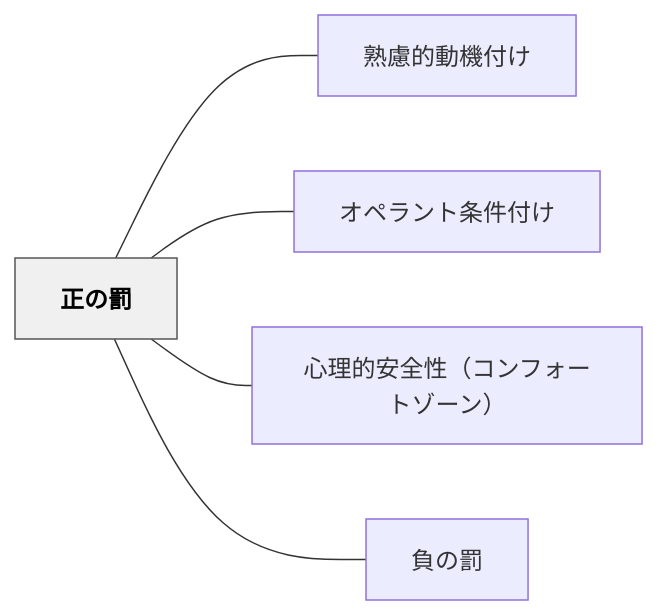
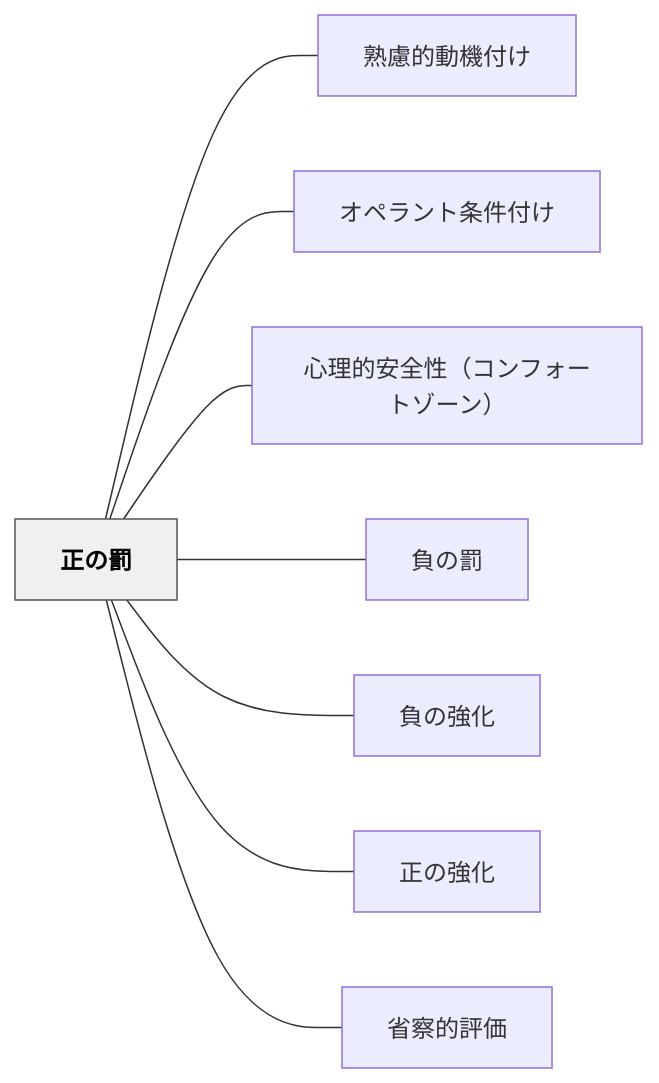
The diagram in content/パタン/正の罰.md (unknownthings-ed-patterns/unknownthings-ed-patterns), drawn with Mermaid before and after one commit. The commit also changed 20 other files, not shown here.

````diff
--- a/content/パタン/正の罰.md
+++ b/content/パタン/正の罰.md
@@ -40,16 +37,22 @@
 ```mermaid
 flowchart LR
     ne6ada3e381aee7bdb0["正の罰"]
     ne7869fe685aee79a84e58b95e6a99fe4bb98e38191["熟慮的動機付け"]
     ne382aae3839ae383a9e383b3e38388e69da1e4bbb6e4bb98e38191["オペラント条件付け"]
     ne5bf83e79086e79a84e5ae89e585a8e680a7efbc88e382b3e383b3e38395e382a9e383bce38388e382bee383bce383b3efbc89["心理的安全性（コンフォートゾーン）"]
     ne8b2a0e381aee7bdb0["負の罰"]
+    ne8b2a0e381aee5bcb7e58c96["負の強化"]
+    ne6ada3e381aee5bcb7e58c96["正の強化"]
+    ne79c81e5af9fe79a84e8a995e4bea1["省察的評価"]
 
     ne6ada3e381aee7bdb0 --- ne7869fe685aee79a84e58b95e6a99fe4bb98e38191
     ne6ada3e381aee7bdb0 --- ne382aae3839ae383a9e383b3e38388e69da1e4bbb6e4bb98e38191
     ne6ada3e381aee7bdb0 --- ne5bf83e79086e79a84e5ae89e585a8e680a7efbc88e382b3e383b3e38395e382a9e383bce38388e382bee383bce383b3efbc89
     ne6ada3e381aee7bdb0 --- ne8b2a0e381aee7bdb0
+    ne6ada3e381aee7bdb0 --- ne8b2a0e381aee5bcb7e58c96
+    ne6ada3e381aee7bdb0 --- ne6ada3e381aee5bcb7e58c96
+    ne6ada3e381aee7bdb0 --- ne79c81e5af9fe79a84e8a995e4bea1
 
     classDef hub fill:#f0f0f0,stroke:#555,color:#000,font-weight:bold
     class ne6ada3e381aee7bdb0 hub
 ```
````
